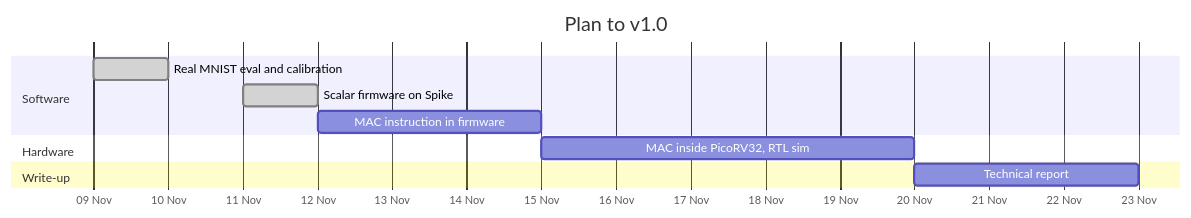
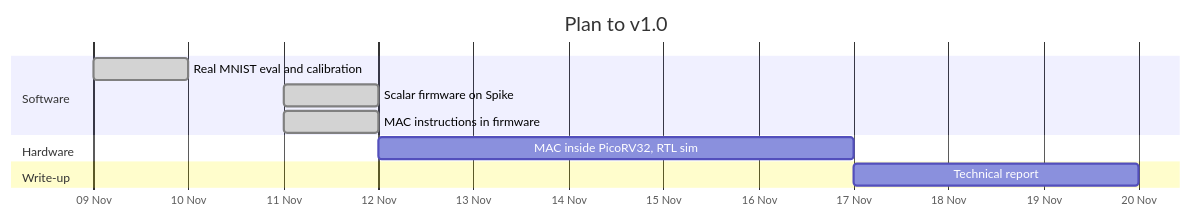
One commit to sajedulislam5840/riscv-edge-ai changed the fifth of 5 diagrams in README.md. Above: the diagram before and after it, drawn with Mermaid. The commit also changed other lines of this file and 5 other files, not shown here.

````diff
--- a/README.md
+++ b/README.md
@@ -292,14 +301,14 @@
 ```mermaid
 gantt
     title Plan to v1.0
     dateFormat YYYY-MM-DD
     axisFormat %d %b
     section Software
     Real MNIST eval and calibration :done, a1, 2026-11-09, 1d
     Scalar firmware on Spike        :done, a2, 2026-11-11, 1d
-    MAC instruction in firmware     :a2b, after a2, 3d
+    MAC instructions in firmware    :done, a2b, 2026-11-11, 1d
     section Hardware
     MAC inside PicoRV32, RTL sim    :a3, after a2b, 5d
     section Write-up
     Technical report                :a4, after a3, 3d
 ```
````
